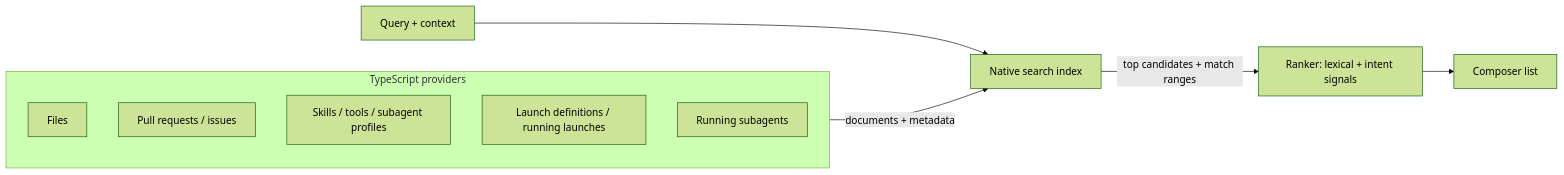
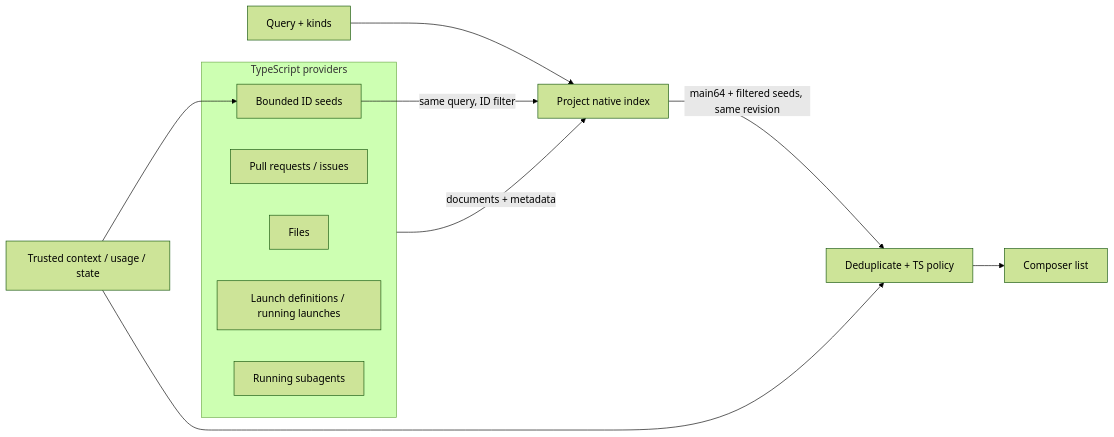
One commit to ThilinaTLM/nerve changed the diagram in docs/proposals/unified-completion.md. Above: the diagram before and after it, drawn with Mermaid (forest theme). The commit also changed other lines of this file and 305 other files, not shown here.

````diff
--- a/docs/proposals/unified-completion.md
+++ b/docs/proposals/unified-completion.md
@@ -22,14 +22,17 @@
 ```mermaid
 flowchart LR
     subgraph Providers[TypeScript providers]
         F[Files]
         PR[Pull requests / issues]
         S[Skills / tools / subagent profiles]
         L[Launch definitions / running launches]
         A[Running subagents]
     end
-    Providers -->|documents + metadata| I[Native search index]
-    Q[Query + context] --> I
-    I -->|top candidates + match ranges| R[Ranker: lexical + intent signals]
+    Providers -->|documents + metadata| I[Project native index]
+    Q[Query + kinds] --> I
+    C[Trusted context / usage / state] --> S[Bounded ID seeds]
+    S -->|same query, ID filter| I
+    I -->|main64 + filtered seeds, same revision| R[Deduplicate + TS policy]
+    C --> R
     R --> UI[Composer list]
 ```
````
